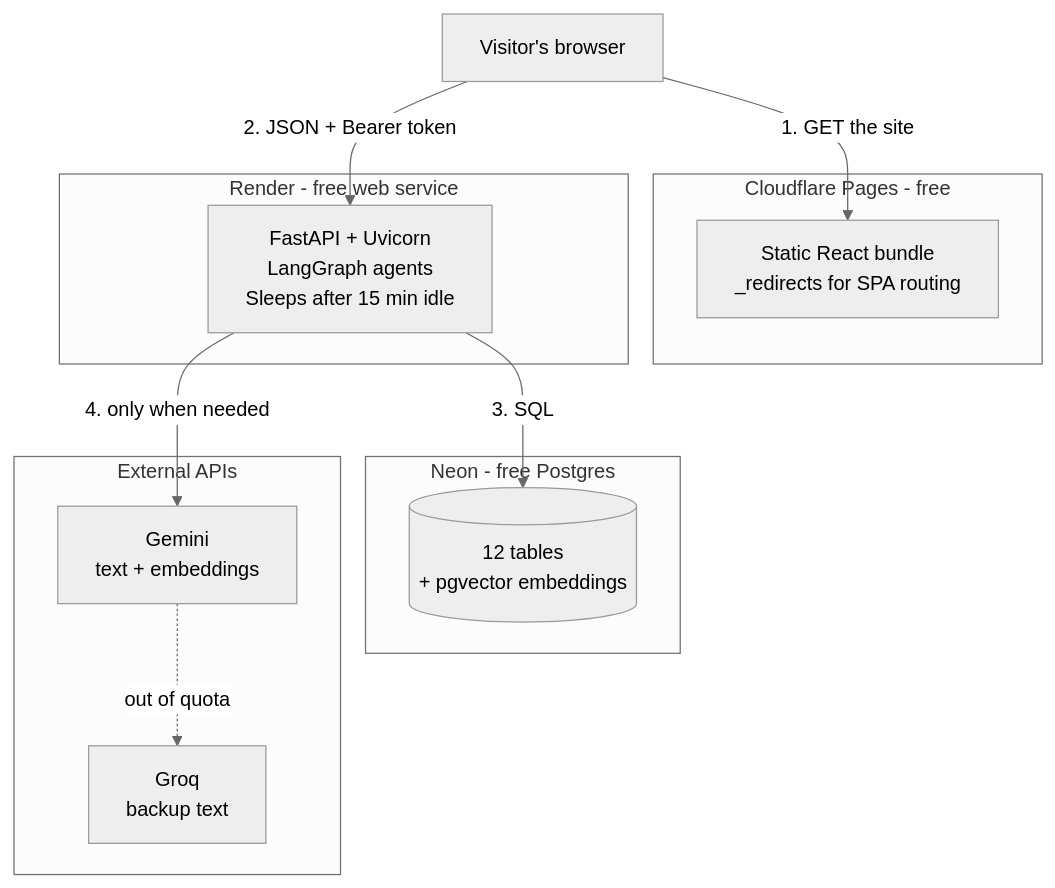
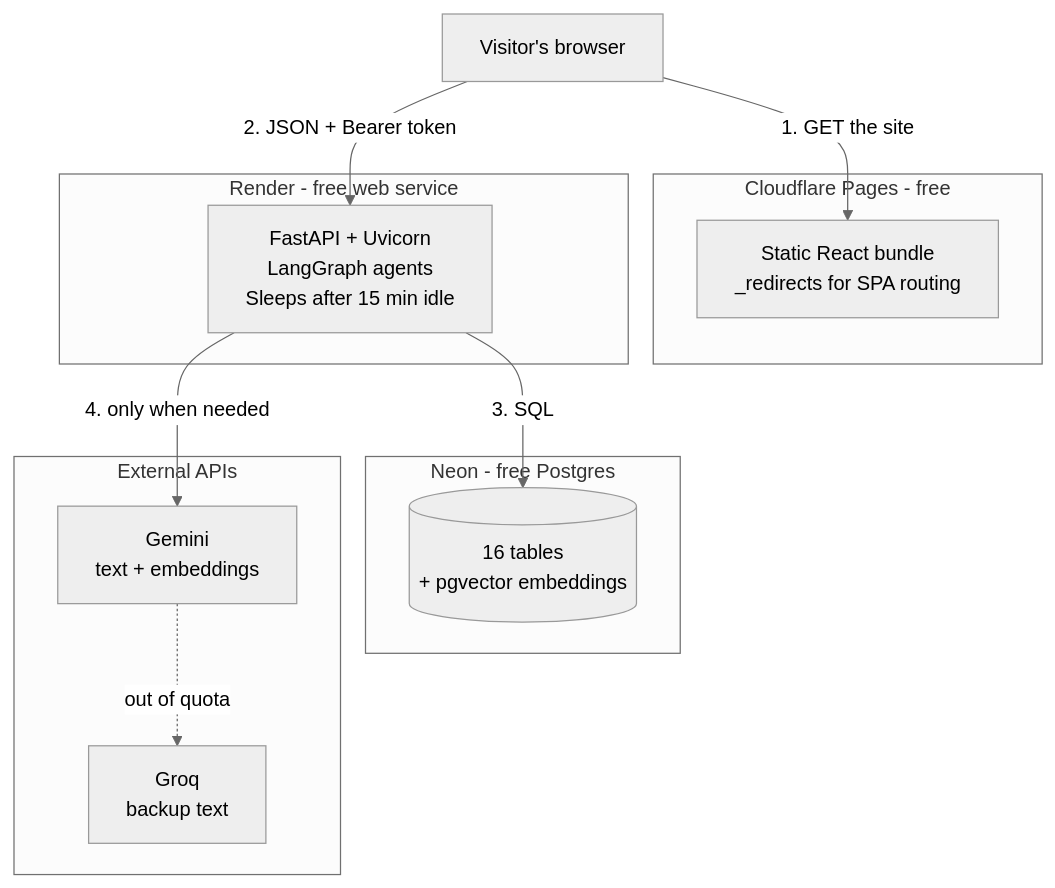
The diagram in DEPLOYMENT_GUIDE.md (ummmarrr/GYM-), drawn with Mermaid (neutral theme) before and after one commit. The commit also changed other lines of this file and 22 other files, not shown here.

````diff
--- a/DEPLOYMENT_GUIDE.md
+++ b/DEPLOYMENT_GUIDE.md
@@ -32,27 +32,27 @@
 ```mermaid
 flowchart TB
     U[Visitor's browser]
 
     subgraph CF[Cloudflare Pages - free]
         S[Static React bundle<br/>_redirects for SPA routing]
     end
 
     subgraph RN[Render - free web service]
         A[FastAPI + Uvicorn<br/>LangGraph agents<br/>Sleeps after 15 min idle]
     end
 
     subgraph NE[Neon - free Postgres]
-        D[(12 tables<br/>+ pgvector embeddings)]
+        D[(16 tables<br/>+ pgvector embeddings)]
     end
 
     subgraph EX[External APIs]
         G[Gemini<br/>text + embeddings]
         Q[Groq<br/>backup text]
     end
 
     U -->|1. GET the site| S
     U -->|2. JSON + Bearer token| A
     A -->|3. SQL| D
     A -->|4. only when needed| G
     G -.->|out of quota| Q
 ```
````
